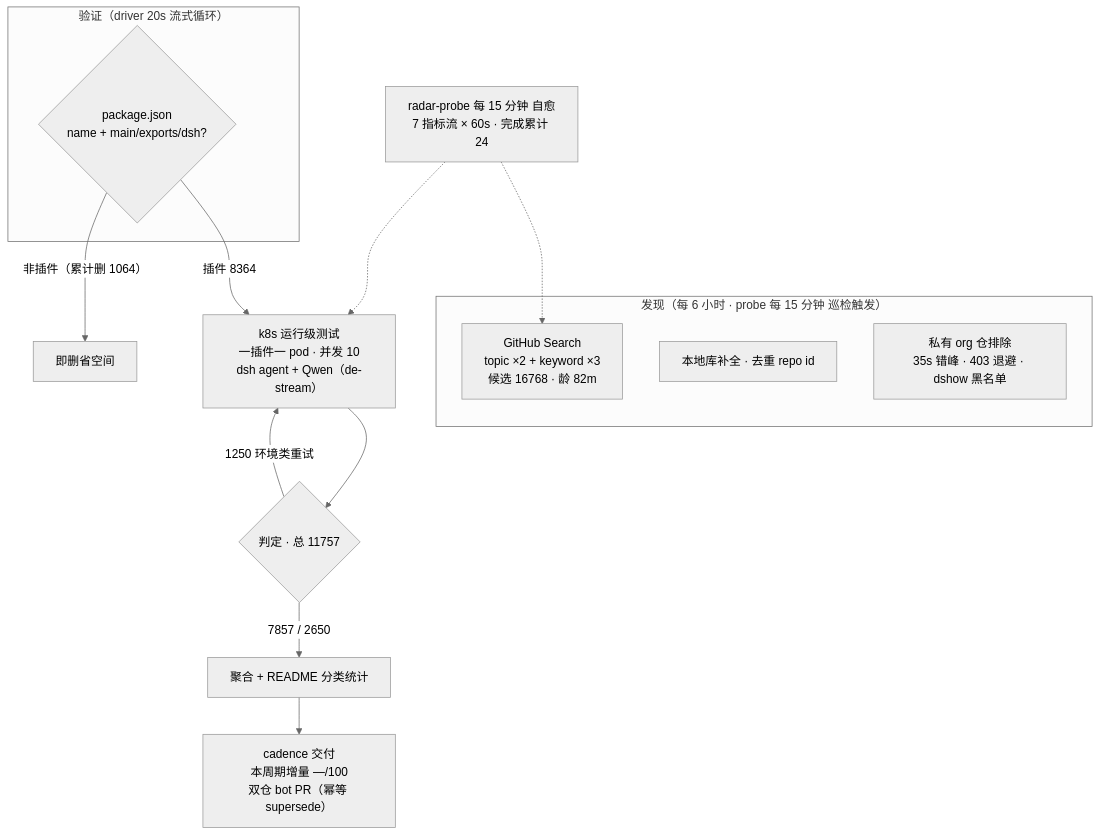
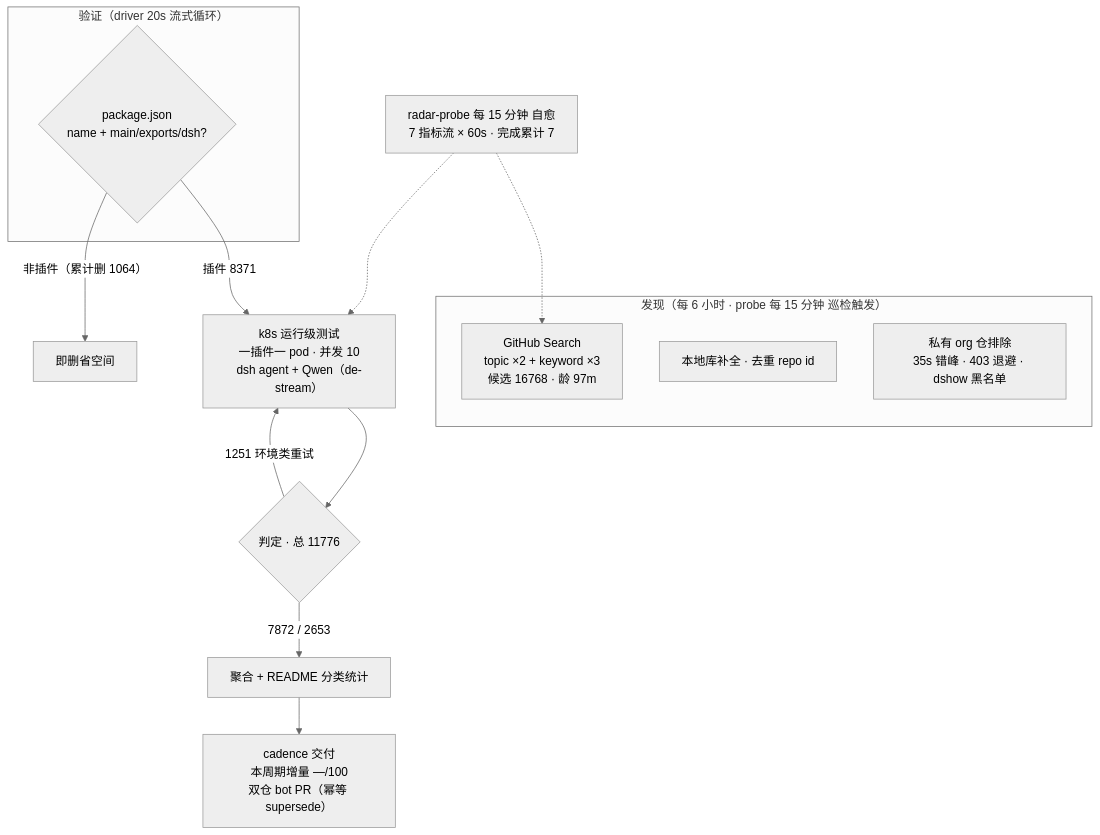
One commit to Zhidao-Lab-OSS/awesome-dsh-plugins changed the diagram in README.md. Above: the diagram before and after it, drawn with Mermaid (neutral theme). The commit also changed other lines of this file and 1 other file, not shown here.

````diff
--- a/README.md
+++ b/README.md
@@ -52,20 +52,20 @@
 ```mermaid
 flowchart TB
     subgraph Discovery["发现（每 6 小时 · probe 每 15 分钟 巡检触发）"]
-        A1["GitHub Search<br/>topic ×2 + keyword ×3<br/>候选 16768 · 龄 82m"]
+        A1["GitHub Search<br/>topic ×2 + keyword ×3<br/>候选 16768 · 龄 97m"]
         A2["本地库补全 · 去重 repo id"]
         A3["私有 org 仓排除<br/>35s 错峰 · 403 退避 · dshow 黑名单"]
     end
     subgraph Validation["验证（driver 20s 流式循环）"]
         B1{"package.json<br/>name + main/exports/dsh?"}
     end
-    B1 -->|"插件 8364"| C1["k8s 运行级测试<br/>一插件一 pod · 并发 10<br/>dsh agent + Qwen（de-stream）"]
+    B1 -->|"插件 8371"| C1["k8s 运行级测试<br/>一插件一 pod · 并发 10<br/>dsh agent + Qwen（de-stream）"]
     B1 -->|"非插件（累计删 1064）"| B3["即删省空间"]
-    C1 --> D1{"判定 · 总 11757"}
-    D1 -->|"7857 / 2650"| E1["聚合 + README 分类统计"]
-    D1 -->|"1250 环境类重试"| C1
+    C1 --> D1{"判定 · 总 11776"}
+    D1 -->|"7872 / 2653"| E1["聚合 + README 分类统计"]
+    D1 -->|"1251 环境类重试"| C1
     E1 --> E2["cadence 交付<br/>本周期增量 —/100<br/>双仓 bot PR（幂等 supersede）"]
-    M["radar-probe 每 15 分钟 自愈<br/>7 指标流 × 60s · 完成累计 24"]
+    M["radar-probe 每 15 分钟 自愈<br/>7 指标流 × 60s · 完成累计 7"]
     M -.-> A1
     M -.-> C1
 ```
````
